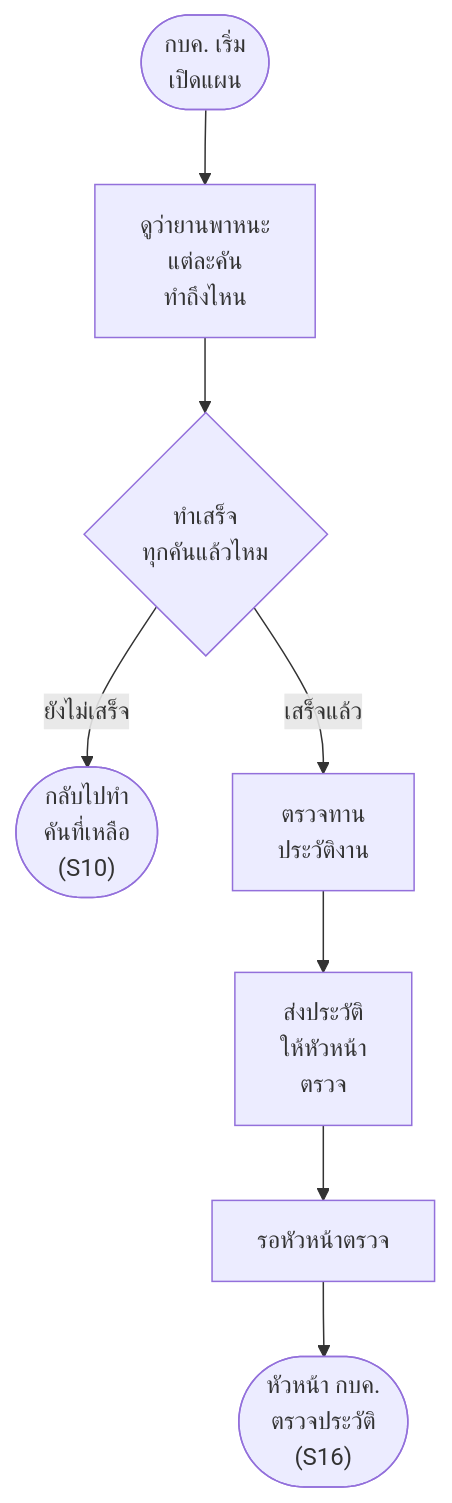
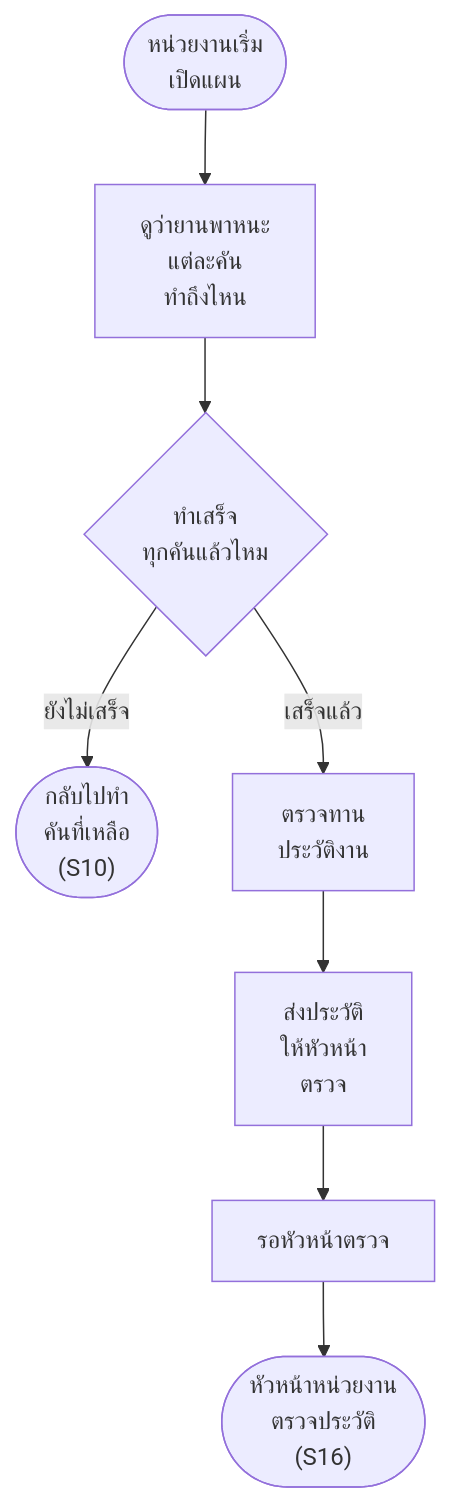
Before and after one commit to anugmail/Maintenance-Request-Form: diagram 16 of 20 in Diagram/01-บำรุงรักษาตามวาระ/27-บำรุงรักษา-flowchart-กิจกรรม.md, drawn with Mermaid. The commit also changed other lines of this file and 7 other files, not shown here.

First line of the commit message:
บำรุงรักษา: คำกลางแทน "กบค." ที่เป็นผู้ทำงาน (หน่วยงาน · หน่วยงานผู้ดำเนินการ · หัวหน้าหน่วยงาน · ผู้สร้างแผนเดินทาง) · "ดำเนินการเอง" แทน "กบค. ดำเนินการเอง"

````diff
--- a/Diagram/01-บำรุงรักษาตามวาระ/27-บำรุงรักษา-flowchart-กิจกรรม.md
+++ b/Diagram/01-บำรุงรักษาตามวาระ/27-บำรุงรักษา-flowchart-กิจกรรม.md
@@ -311,10 +311,10 @@
 ```mermaid
 flowchart TD
-    S(["กบค. เริ่ม<br/>เปิดแผน"]) --> A1["ดูว่ายานพาหนะ<br/>แต่ละคัน<br/>ทำถึงไหน"]
+    S(["หน่วยงานเริ่ม<br/>เปิดแผน"]) --> A1["ดูว่ายานพาหนะ<br/>แต่ละคัน<br/>ทำถึงไหน"]
     A1 --> Q1{"ทำเสร็จ<br/>ทุกคันแล้วไหม"}
     Q1 -->|ยังไม่เสร็จ| E1(["กลับไปทำ<br/>คันที่เหลือ<br/>(S10)"])
     Q1 -->|เสร็จแล้ว| A2["ตรวจทาน<br/>ประวัติงาน"]
     A2 --> A3["ส่งประวัติ<br/>ให้หัวหน้า<br/>ตรวจ"]
     A3 --> A4["รอหัวหน้าตรวจ"]
-    A4 --> E2(["หัวหน้า กบค.<br/>ตรวจประวัติ<br/>(S16)"])
+    A4 --> E2(["หัวหน้าหน่วยงาน<br/>ตรวจประวัติ<br/>(S16)"])
 ```
````
